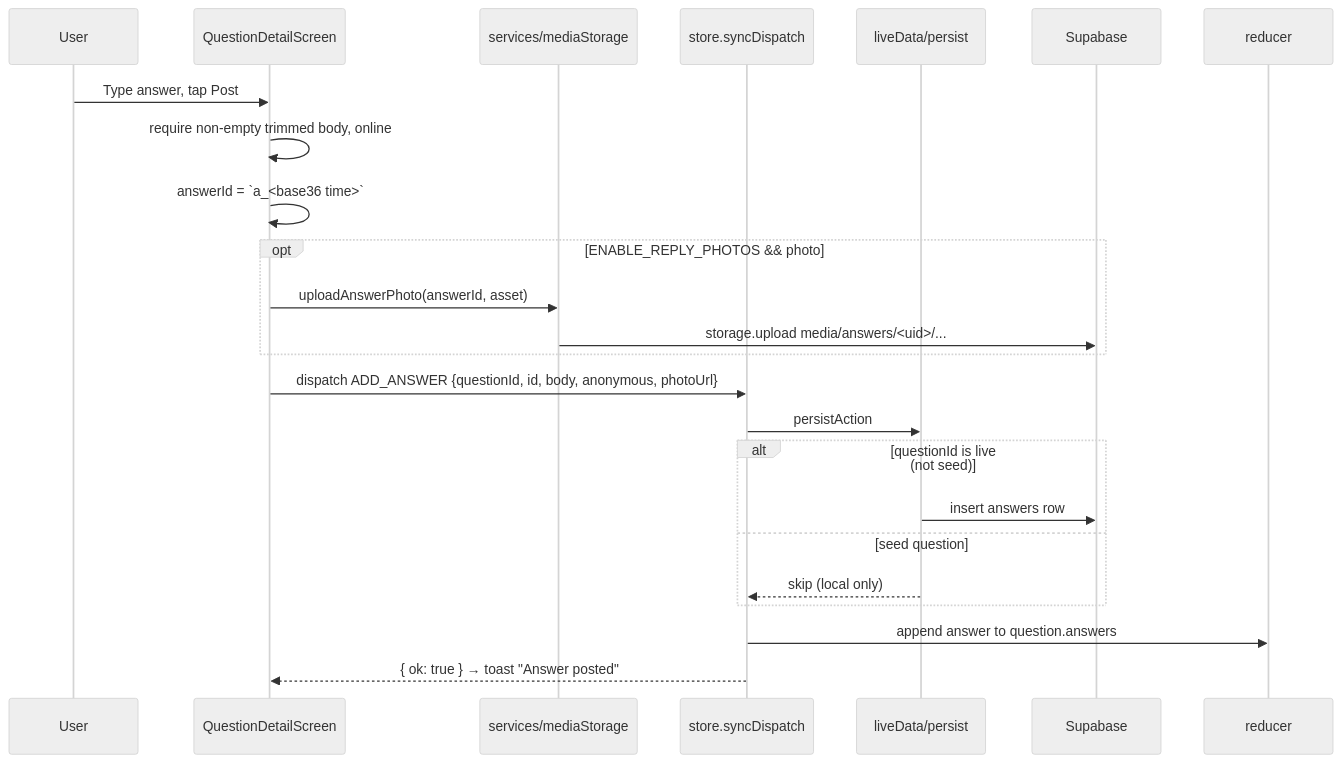
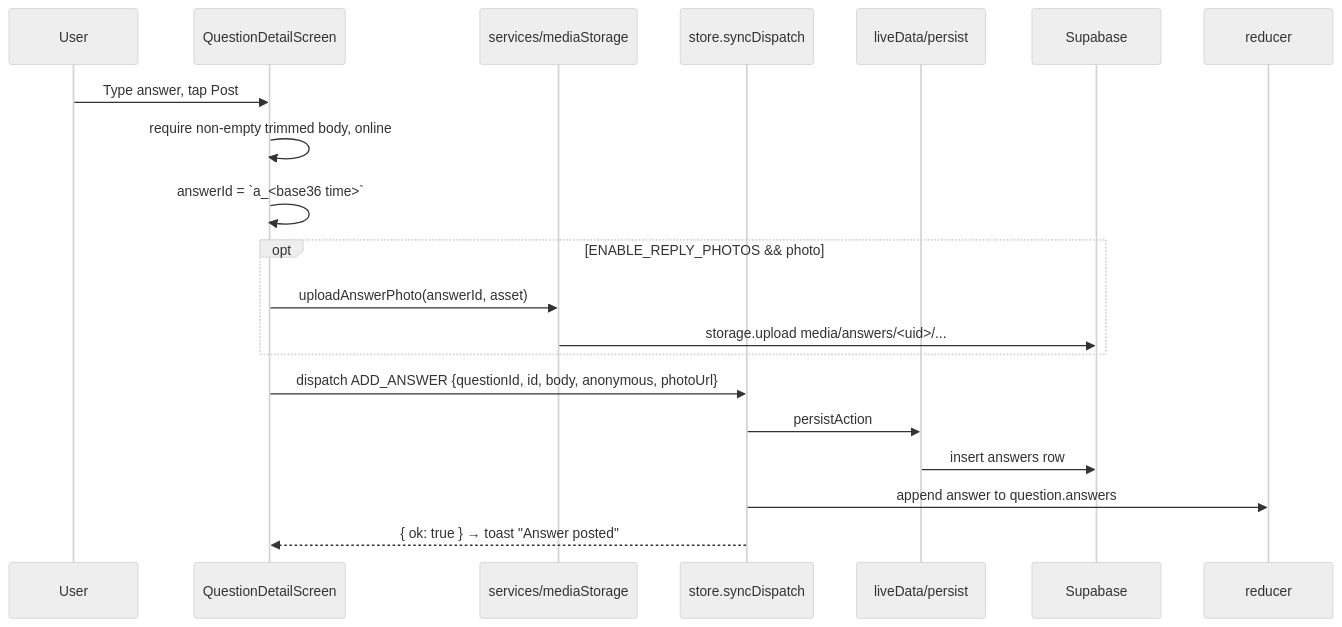
One commit to AshishPoudel20/chautari changed the third of 4 diagrams in docs/APP_MAP.md. Above: the diagram before and after it, drawn with Mermaid (neutral theme). The commit also changed other lines of this file and 2 other files, not shown here.

Commit message:
Document the live-only data model and migration 011.

````diff
--- a/docs/APP_MAP.md
+++ b/docs/APP_MAP.md
@@ -414,26 +408,22 @@
 ```mermaid
 sequenceDiagram
   participant U as User
   participant QD as QuestionDetailScreen
   participant MS as services/mediaStorage
   participant SD as store.syncDispatch
   participant PA as liveData/persist
   participant SB as Supabase
   participant R as reducer
   U->>QD: Type answer, tap Post
   QD->>QD: require non-empty trimmed body, online
   QD->>QD: answerId = `a_<base36 time>`
   opt ENABLE_REPLY_PHOTOS && photo
     QD->>MS: uploadAnswerPhoto(answerId, asset)
     MS->>SB: storage.upload media/answers/<uid>/...
   end
   QD->>SD: dispatch ADD_ANSWER {questionId, id, body, anonymous, photoUrl}
   SD->>PA: persistAction
-  alt questionId is live (not seed)
-    PA->>SB: insert answers row
-  else seed question
-    PA-->>SD: skip (local only)
-  end
+  PA->>SB: insert answers row
   SD->>R: append answer to question.answers
   SD-->>QD: { ok: true } → toast "Answer posted"
 ```
````
